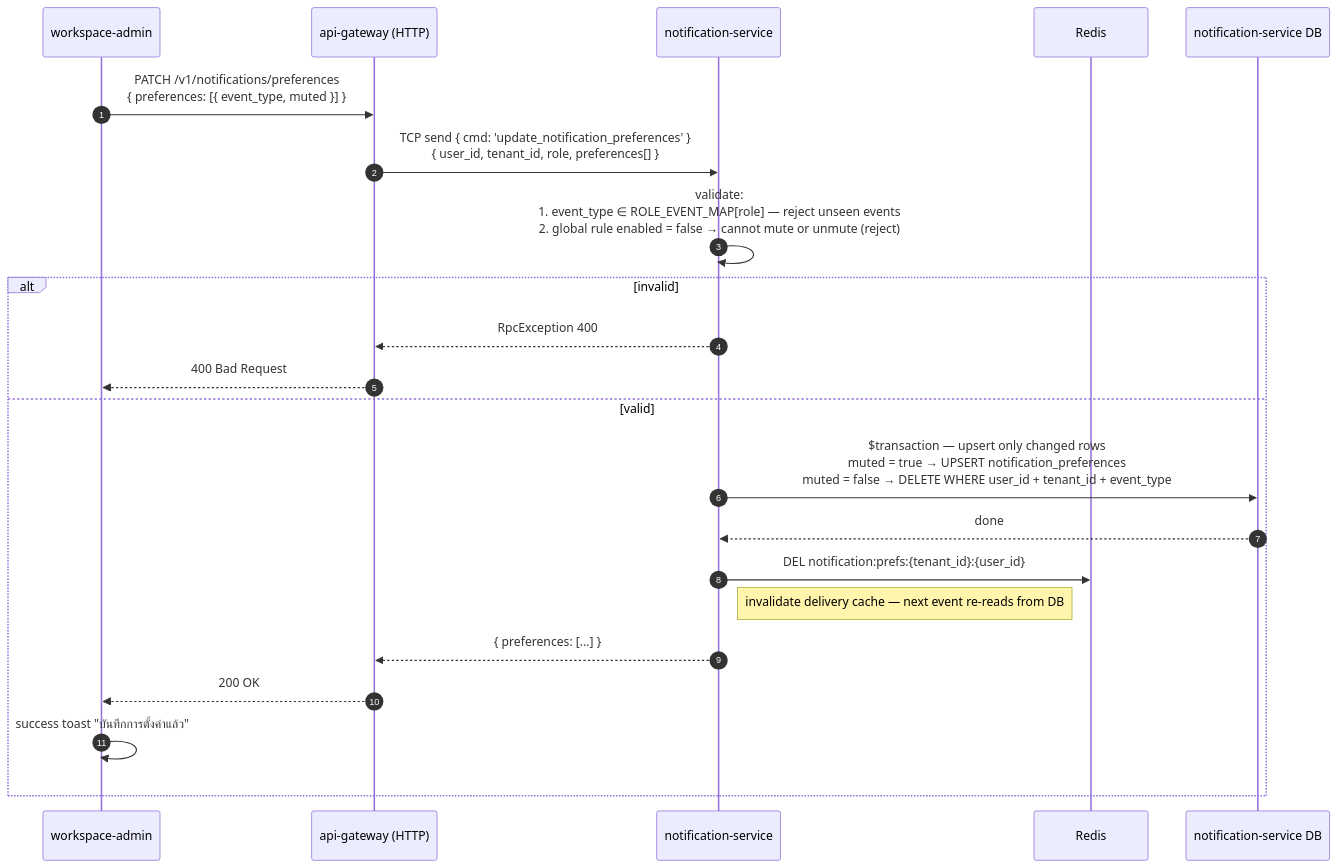
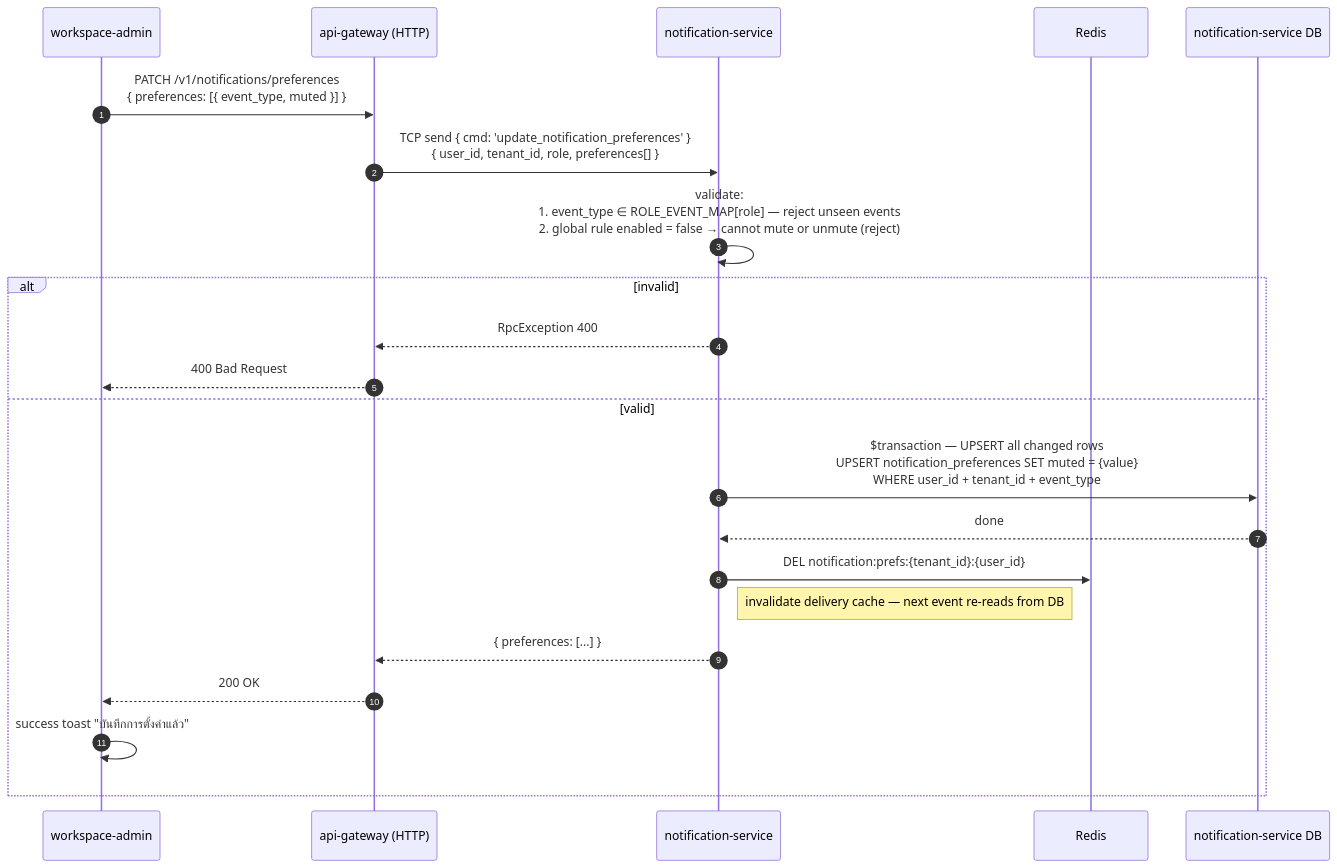
Before and after one commit to Peerapatfc/ACE-Planning: the second of 3 diagrams in Omnichat/EPIC-ACE-1943/Diagram/NOTIF-05_personal_preferences_sequence.md, drawn with Mermaid. The commit also changed other lines of this file and 3 other files, not shown here.

````diff
--- a/Omnichat/EPIC-ACE-1943/Diagram/NOTIF-05_personal_preferences_sequence.md
+++ b/Omnichat/EPIC-ACE-1943/Diagram/NOTIF-05_personal_preferences_sequence.md
@@ -51,29 +51,29 @@
 ```mermaid
 sequenceDiagram
   autonumber
   participant FE as workspace-admin
   participant API as api-gateway (HTTP)
   participant NotiSvc as notification-service
   participant Redis as Redis
   participant DB_N as notification-service DB
 
   FE->>API: PATCH /v1/notifications/preferences<br/>{ preferences: [{ event_type, muted }] }
   API->>NotiSvc: TCP send { cmd: 'update_notification_preferences' }<br/>{ user_id, tenant_id, role, preferences[] }
 
   NotiSvc->>NotiSvc: validate:<br/>  1. event_type ∈ ROLE_EVENT_MAP[role] — reject unseen events<br/>  2. global rule enabled = false → cannot mute or unmute (reject)
 
   alt invalid
     NotiSvc-->>API: RpcException 400
     API-->>FE: 400 Bad Request
   else valid
-    NotiSvc->>DB_N: $transaction — upsert only changed rows<br/>  muted = true  → UPSERT notification_preferences<br/>  muted = false → DELETE WHERE user_id + tenant_id + event_type
+    NotiSvc->>DB_N: $transaction — UPSERT all changed rows<br/>  UPSERT notification_preferences SET muted = {value}<br/>  WHERE user_id + tenant_id + event_type
     DB_N-->>NotiSvc: done
 
     NotiSvc->>Redis: DEL notification:prefs:{tenant_id}:{user_id}
     Note right of NotiSvc: invalidate delivery cache — next event re-reads from DB
 
     NotiSvc-->>API: { preferences: [...] }
     API-->>FE: 200 OK
     FE->>FE: success toast "บันทึกการตั้งค่าแล้ว"
   end
 ```
````
